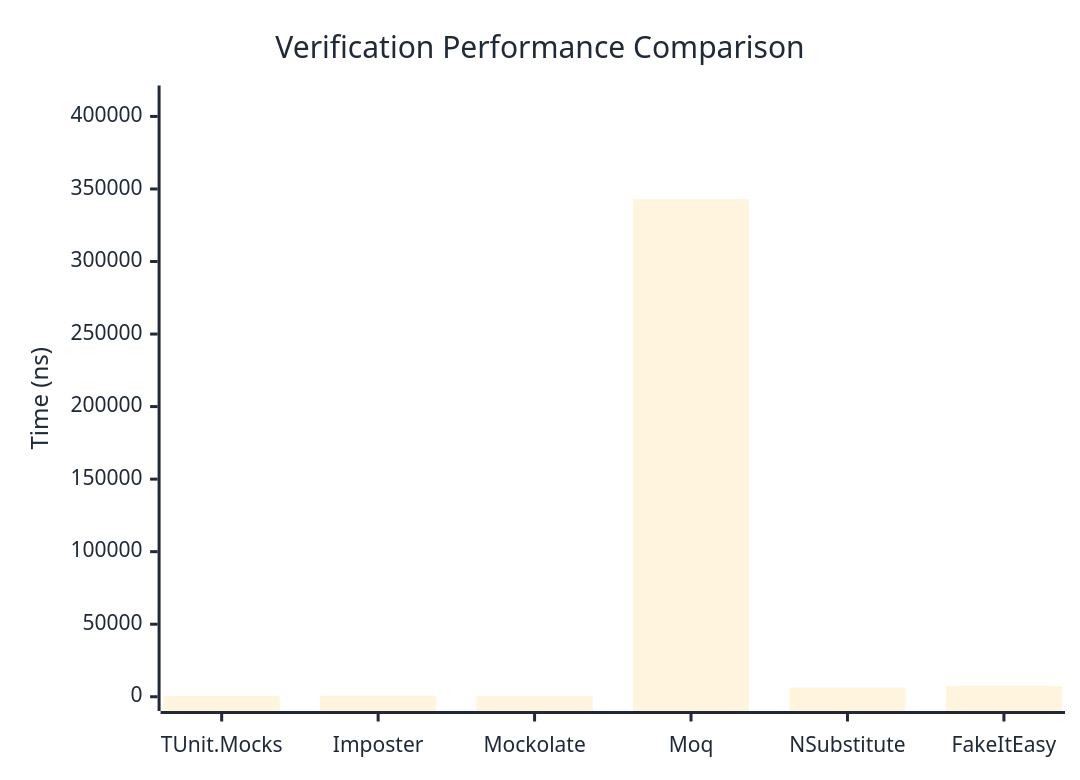
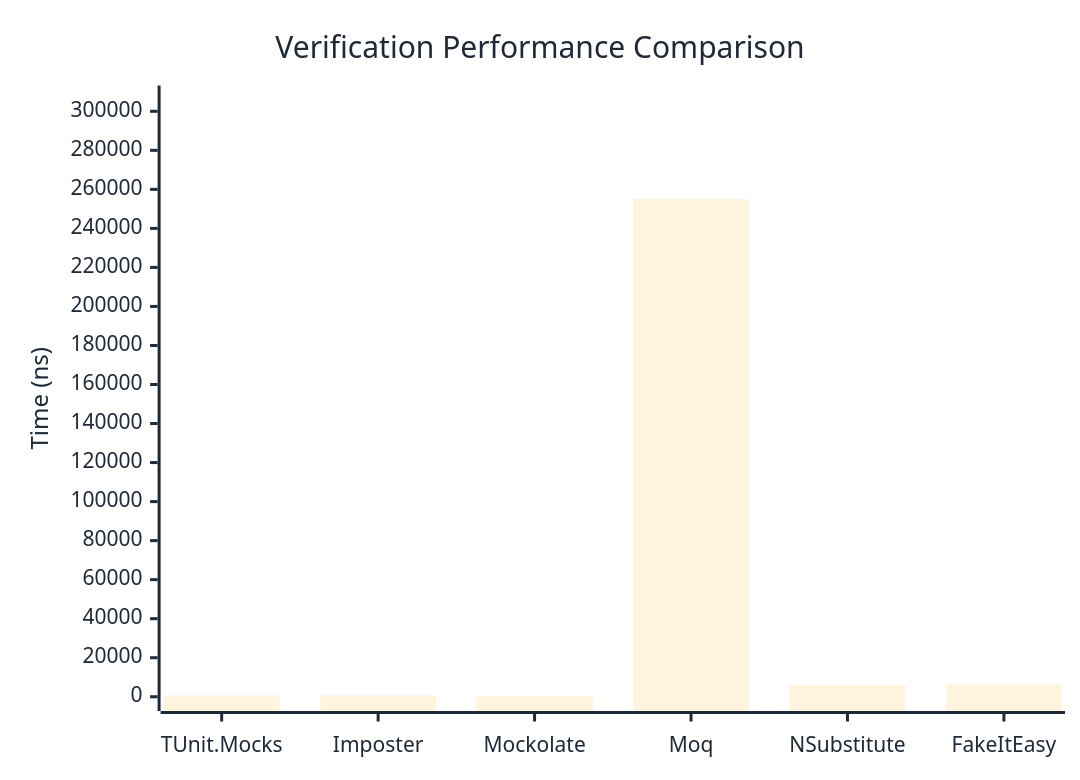
The first of 3 diagrams in docs/docs/benchmarks/mocks/Verification.md (thomhurst/TUnit), drawn with Mermaid before and after one commit. The commit also changed other lines of this file and 14 other files, not shown here.

````diff
--- a/docs/docs/benchmarks/mocks/Verification.md
+++ b/docs/docs/benchmarks/mocks/Verification.md
@@ -28,27 +28,27 @@
 ```mermaid
 %%{init: {
   'theme':'base',
   'themeVariables': {
     'primaryColor': '#2563eb',
     'primaryTextColor': '#1f2937',
     'primaryBorderColor': '#1e40af',
     'lineColor': '#6b7280',
     'secondaryColor': '#7c3aed',
     'tertiaryColor': '#dc2626',
     'background': '#ffffff',
     'pie1': '#2563eb',
     'pie2': '#7c3aed',
     'pie3': '#dc2626',
     'pie4': '#f59e0b',
     'pie5': '#10b981',
     'pie6': '#06b6d4',
     'pie7': '#ec4899',
     'pie8': '#6366f1'
   }
 }}%%
 xychart-beta
   title "Verification Performance Comparison"
   x-axis ["TUnit.Mocks", "Imposter", "Mockolate", "Moq", "NSubstitute", "FakeItEasy"]
-  y-axis "Time (ns)" 0 --> 411499
-  bar [640.4, 703.03, 400.64, 342915.55, 6221.95, 7464.23]
+  y-axis "Time (ns)" 0 --> 305916
+  bar [688.23, 693.89, 426.28, 254929.86, 5929.76, 6360.66]
 ```
````
